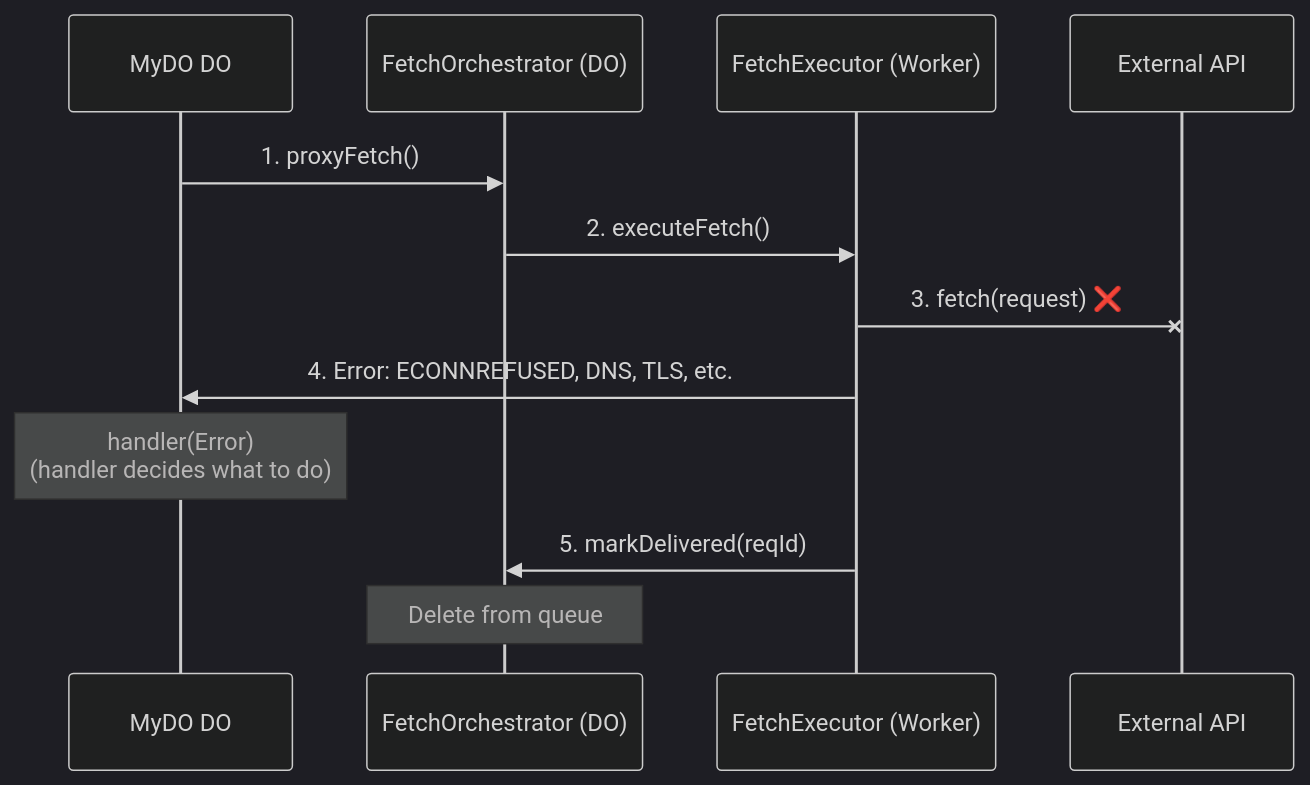
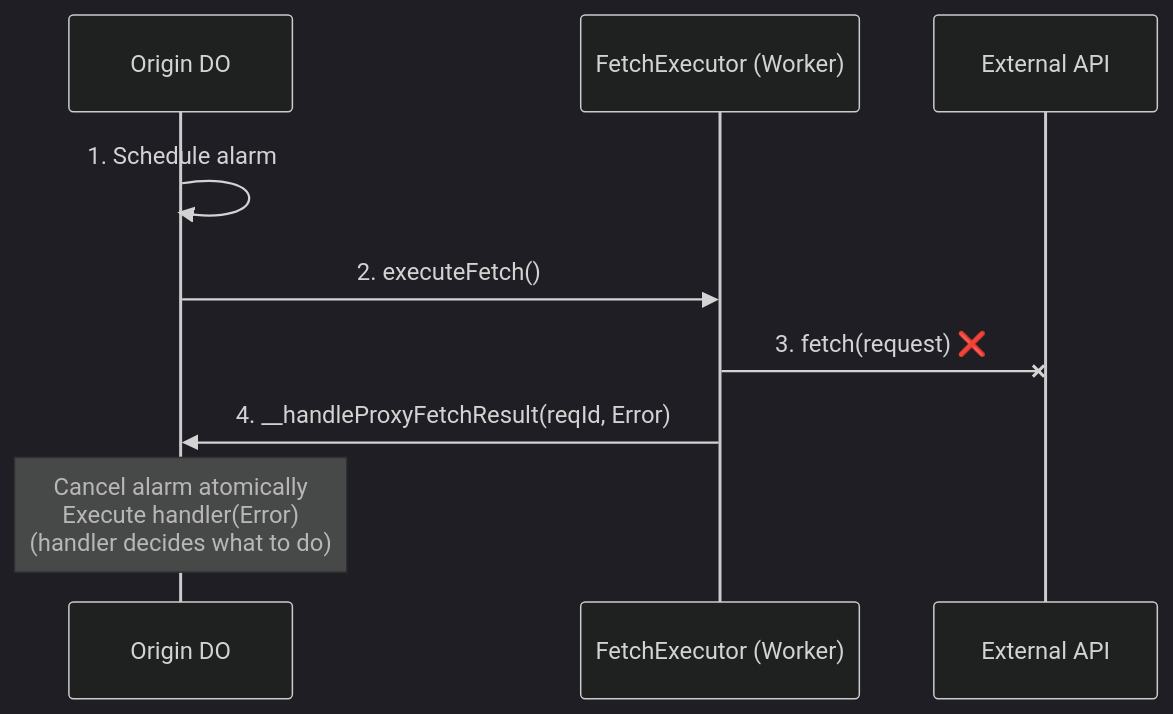
One commit to lumenize/lumenize changed the third of 14 diagrams in website/docs/proxy-fetch/architecture-and-failure-modes.mdx. Above: the diagram before and after it, drawn with Mermaid (dark theme). The commit also changed other lines of this file and 46 other files, not shown here.

Commit message:
Still doing cleanup and code review on proxy-fetch but almost there

````diff
--- a/website/docs/proxy-fetch/architecture-and-failure-modes.mdx
+++ b/website/docs/proxy-fetch/architecture-and-failure-modes.mdx
@@ -276,18 +288,14 @@
 ```mermaid @skip-check
 sequenceDiagram
-    participant MyDO as MyDO DO
-    participant Orch as FetchOrchestrator (DO)
+    participant Origin as Origin DO
     participant Exec as FetchExecutor (Worker)
     participant API as External API
 
-    MyDO->>Orch: 1. proxyFetch()
-    Orch->>Exec: 2. executeFetch()
+    Origin->>Origin: 1. Schedule alarm
+    Origin->>Exec: 2. executeFetch()
     
     Exec-xAPI: 3. fetch(request) ❌
     
-    Exec->>MyDO: 4. Error: ECONNREFUSED, DNS, TLS, etc.
-    Note over MyDO: handler(Error)<br/>(handler decides what to do)
-    
-    Exec->>Orch: 5. markDelivered(reqId)
-    Note over Orch: Delete from queue
+    Exec->>Origin: 4. __handleProxyFetchResult(reqId, Error)
+    Note over Origin: Cancel alarm atomically<br/>Execute handler(Error)<br/>(handler decides what to do)
 ```
````
